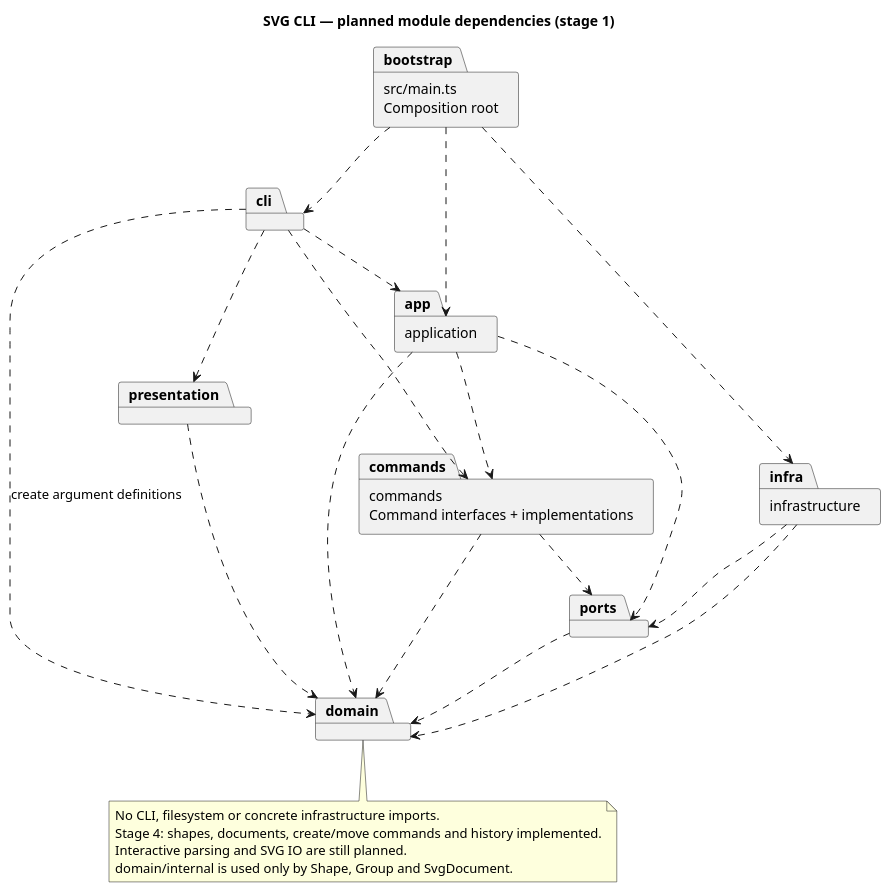
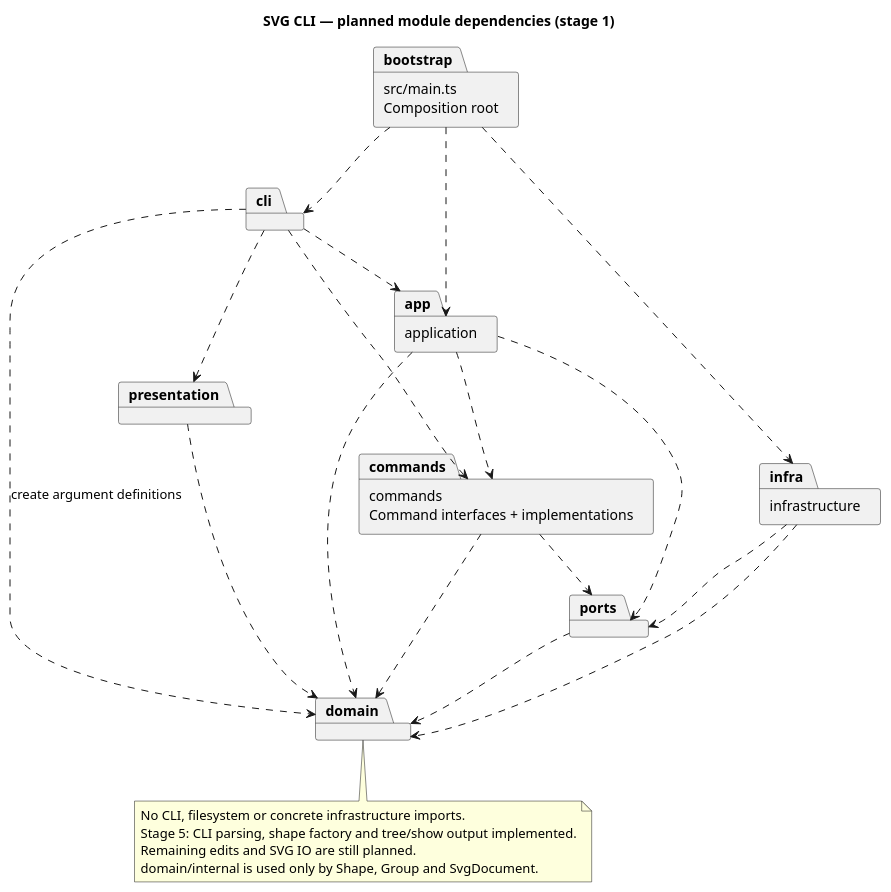
One commit to Liusizhuozhuo/svg-editor-lab1 changed the diagram in doc/architecture.puml. Above: the diagram before and after it, drawn with PlantUML. The commit also changed 40 other files, not shown here.

Commit message:
feat: add CLI parsing and interactive editor

```diff
--- a/doc/architecture.puml
+++ b/doc/architecture.puml
@@ -1,35 +1,35 @@
 @startuml
 title SVG CLI — planned module dependencies (stage 1)
 skinparam componentStyle rectangle
 package "src/main.ts\nComposition root" as bootstrap
 package "cli" as cli
 package "application" as app
 package "commands\nCommand interfaces + implementations" as commands
 package "domain" as domain
 package "ports" as ports
 package "infrastructure" as infra
 package "presentation" as presentation
 
 bootstrap ..> cli
 bootstrap ..> app
 bootstrap ..> infra
 cli ..> app
 cli ..> commands
 cli ..> presentation
 cli ..> domain : create argument definitions
 app ..> commands
 app ..> domain
 app ..> ports
 commands ..> domain
 commands ..> ports
 presentation ..> domain
 infra ..> ports
 infra ..> domain
 ports ..> domain
 note bottom of domain
 No CLI, filesystem or concrete infrastructure imports.
-Stage 4: shapes, documents, create/move commands and history implemented.
-Interactive parsing and SVG IO are still planned.
+Stage 5: CLI parsing, shape factory and tree/show output implemented.
+Remaining edits and SVG IO are still planned.
 domain/internal is used only by Shape, Group and SvgDocument.
 end note
 @enduml
```
